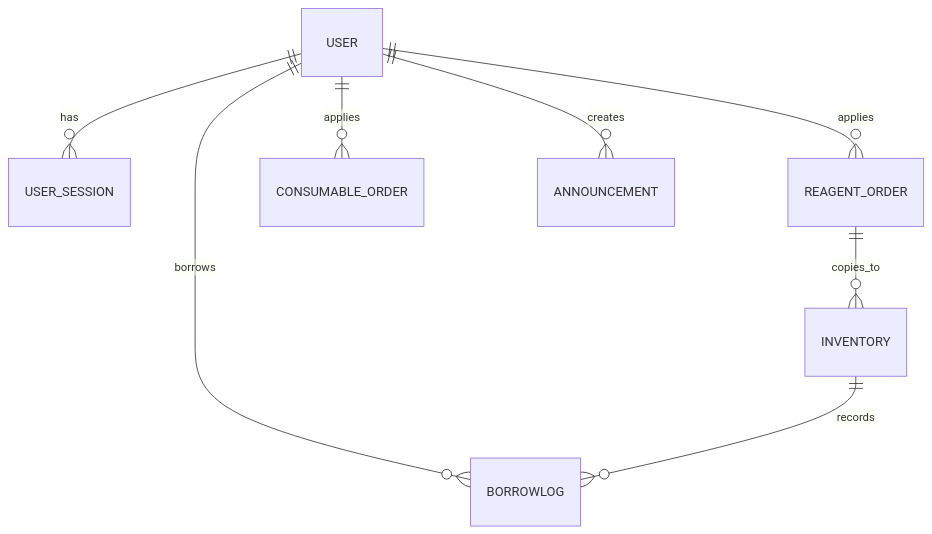
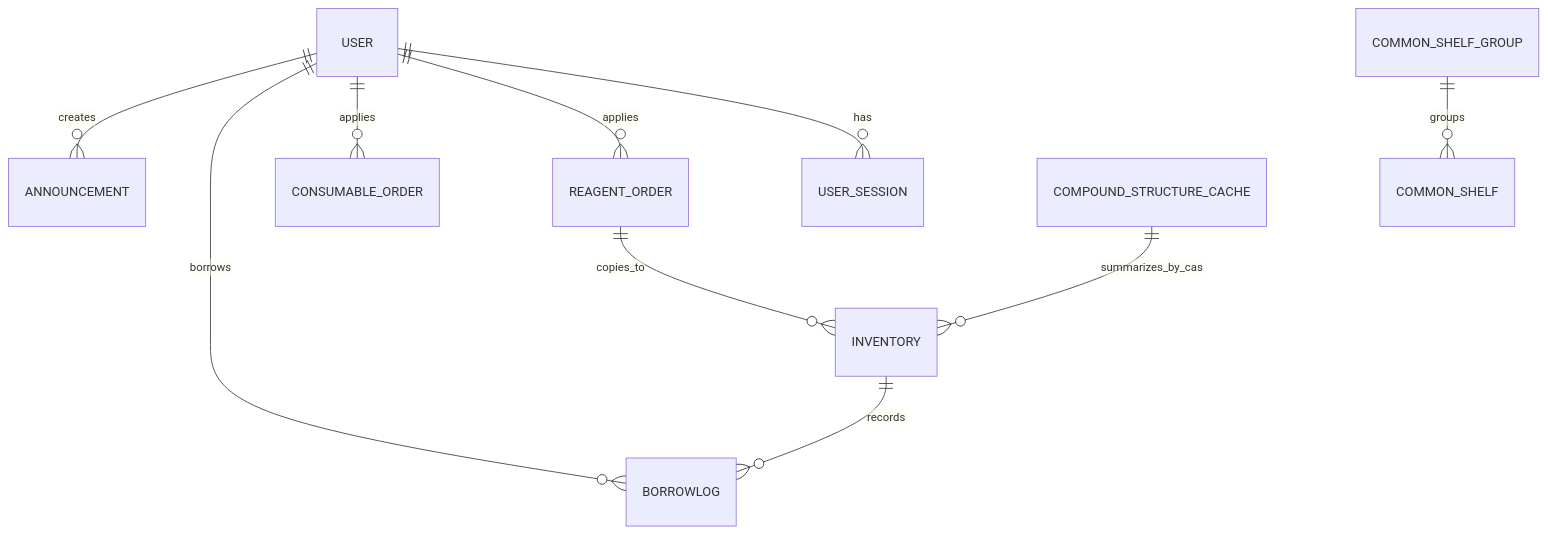
One commit to hzb666/LabStorageManager changed the diagram in wiki/database/data-model.md. Above: the diagram before and after it, drawn with Mermaid. The commit also changed other lines of this file and 74 other files, not shown here.

````diff
--- a/wiki/database/data-model.md
+++ b/wiki/database/data-model.md
@@ -27,10 +33,12 @@
 ```mermaid
 erDiagram
     USER ||--o{ USER_SESSION : has
     USER ||--o{ REAGENT_ORDER : applies
     USER ||--o{ CONSUMABLE_ORDER : applies
     USER ||--o{ BORROWLOG : borrows
     USER ||--o{ ANNOUNCEMENT : creates
     REAGENT_ORDER ||--o{ INVENTORY : copies_to
     INVENTORY ||--o{ BORROWLOG : records
+    COMMON_SHELF_GROUP ||--o{ COMMON_SHELF : groups
+    COMPOUND_STRUCTURE_CACHE ||--o{ INVENTORY : summarizes_by_cas
 ```
````
